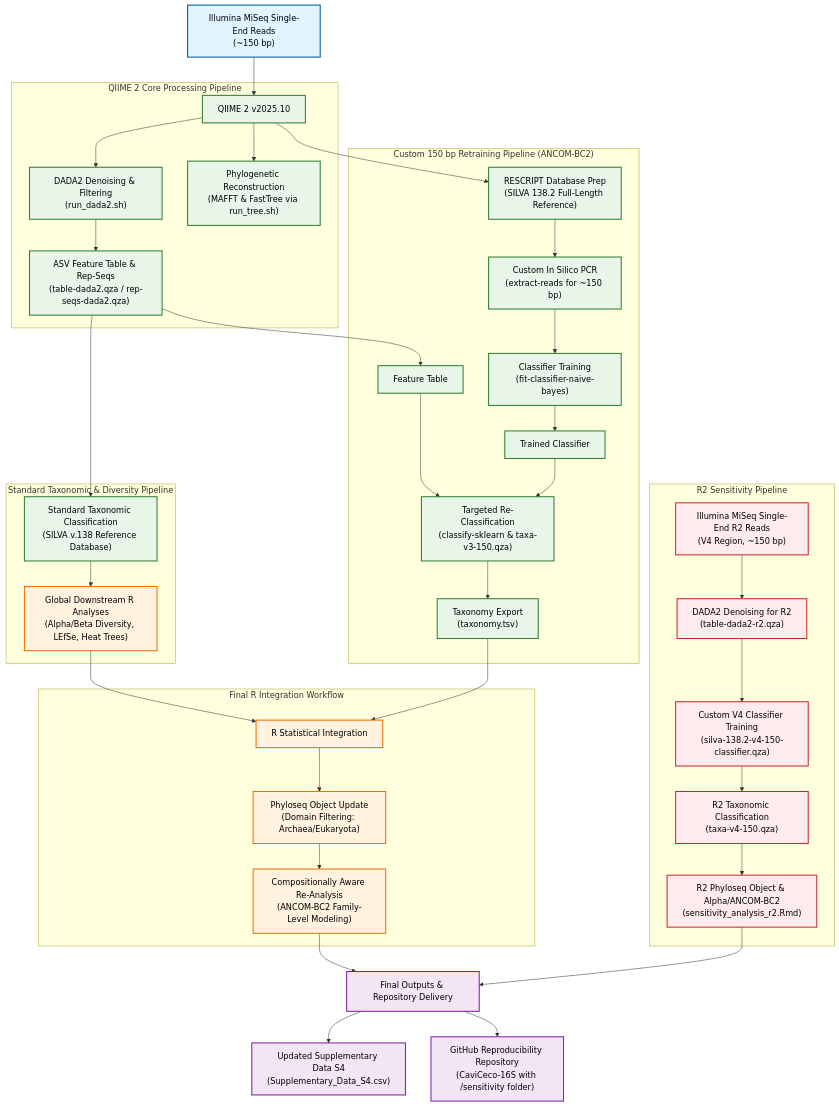
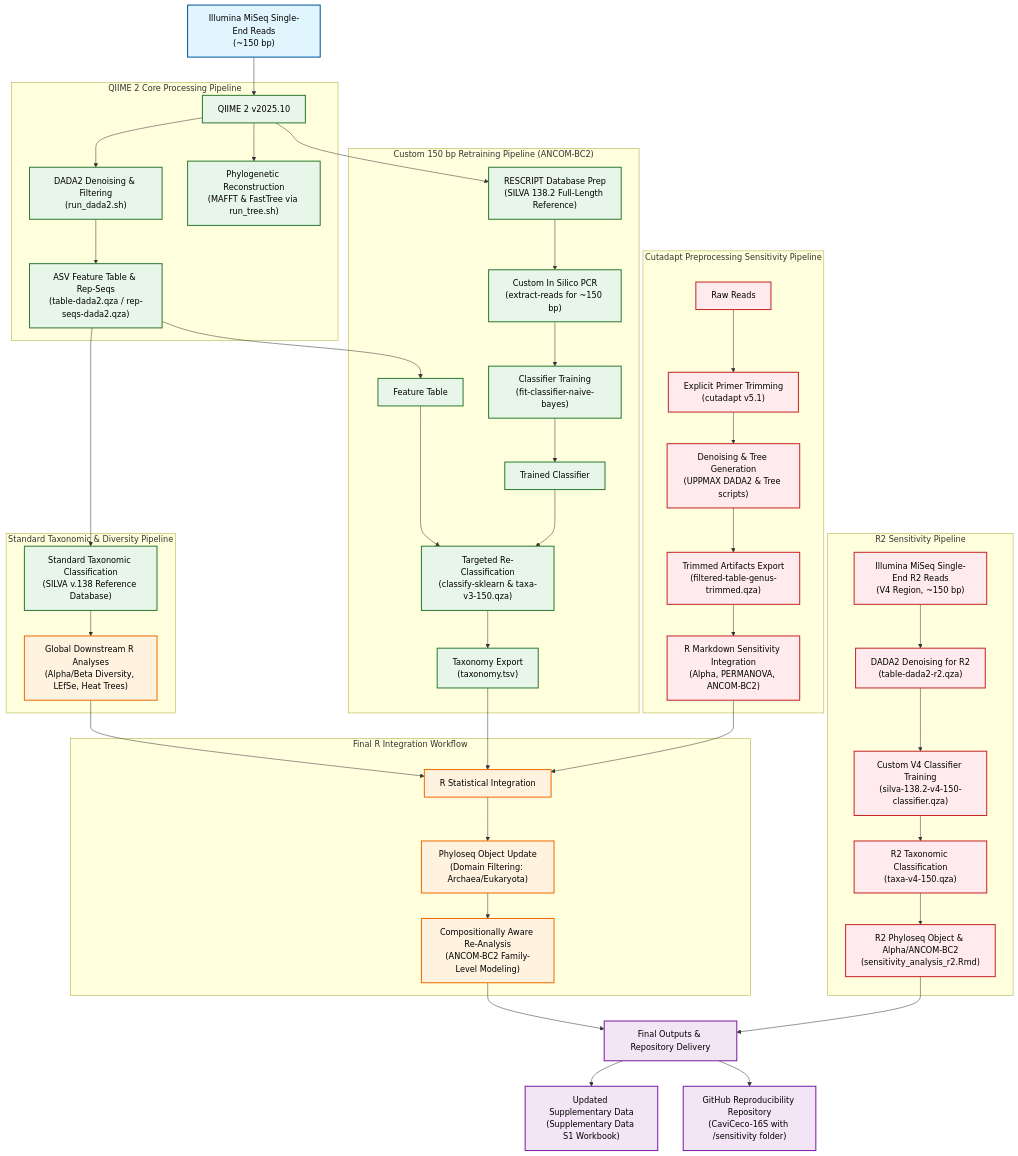
One commit to Elcornevic/CaviCeco-16S changed the diagram in README.md. Above: the diagram before and after it, drawn with Mermaid. The commit also changed other lines of this file, not shown here.

First line of the commit message:
Revise supplementary files format and content

````diff
--- a/README.md
+++ b/README.md
@@ -113,52 +117,60 @@
 ```mermaid
 graph TD
     %% Styling
     classDef process fill:#e1f5fe,stroke:#01579b,stroke-width:2px,color:#000;
     classDef qiime fill:#e8f5e9,stroke:#2e7d32,stroke-width:2px,color:#000;
     classDef rscript fill:#fff3e0,stroke:#ef6c00,stroke-width:2px,color:#000;
     classDef output fill:#f3e5f5,stroke:#7b1fa2,stroke-width:2px,color:#000;
     classDef sensitivity fill:#ffebee,stroke:#c62828,stroke-width:2px,color:#000;
 
     A["Illumina MiSeq Single-End Reads<br>(~150 bp)"]:::process --> B["QIIME 2 v2025.10"]:::qiime
     
     subgraph QIIME2_Core ["QIIME 2 Core Processing Pipeline"]
         B --> C["DADA2 Denoising & Filtering<br>(run_dada2.sh)"]:::qiime
         B --> D["Phylogenetic Reconstruction<br>(MAFFT & FastTree via run_tree.sh)"]:::qiime
         C --> E["ASV Feature Table & Rep-Seqs<br>(table-dada2.qza / rep-seqs-dada2.qza)"]:::qiime
     end
 
     subgraph Standard_Taxonomy ["Standard Taxonomic & Diversity Pipeline"]
         E --> F["Standard Taxonomic Classification<br>(SILVA v.138 Reference Database)"]:::qiime
         F --> G["Global Downstream R Analyses<br>(Alpha/Beta Diversity, LEfSe, Heat Trees)"]:::rscript
     end
 
+    subgraph Cutadapt_Sensitivity ["Cutadapt Preprocessing Sensitivity Pipeline"]
+        CS1["Raw Reads"]:::sensitivity --> CS2["Explicit Primer Trimming<br>(cutadapt v5.1)"]:::sensitivity
+        CS2 --> CS3["Denoising & Tree Generation<br>(UPPMAX DADA2 & Tree scripts)"]:::sensitivity
+        CS3 --> CS4["Trimmed Artifacts Export<br>(filtered-table-genus-trimmed.qza)"]:::sensitivity
+        CS4 --> CS5["R Markdown Sensitivity Integration<br>(Alpha, PERMANOVA, ANCOM-BC2)"]:::sensitivity
+    end
+
     subgraph Custom_Classifier ["Custom 150 bp Retraining Pipeline (ANCOM-BC2)"]
         B --> H["RESCRIPT Database Prep<br>(SILVA 138.2 Full-Length Reference)"]:::qiime
         H --> I["Custom In Silico PCR<br>(extract-reads for ~150 bp)"]:::qiime
         I --> J["Classifier Training<br>(fit-classifier-naive-bayes)"]:::qiime
         E --> K1["Feature Table"]:::qiime
         J --> K2["Trained Classifier"]:::qiime
         K1 & K2 --> K["Targeted Re-Classification<br>(classify-sklearn & taxa-v3-150.qza)"]:::qiime
         K --> L["Taxonomy Export<br>(taxonomy.tsv)"]:::qiime
     end
 
     subgraph Sensitivity_Pipeline ["R2 Sensitivity Pipeline"]
         S1["Illumina MiSeq Single-End R2 Reads<br>(V4 Region, ~150 bp)"]:::sensitivity --> S2["DADA2 Denoising for R2<br>(table-dada2-r2.qza)"]:::sensitivity
         S2 --> S3["Custom V4 Classifier Training<br>(silva-138.2-v4-150-classifier.qza)"]:::sensitivity
         S3 --> S4["R2 Taxonomic Classification<br>(taxa-v4-150.qza)"]:::sensitivity
         S4 --> S5["R2 Phyloseq Object & Alpha/ANCOM-BC2<br>(sensitivity_analysis_r2.Rmd)"]:::sensitivity
     end
 
     G --> M["R Statistical Integration"]:::rscript
     L --> M
+    CS5 --> M
     
     subgraph Final_Integration ["Final R Integration Workflow"]
         M --> N["Phyloseq Object Update<br>(Domain Filtering: Archaea/Eukaryota)"]:::rscript
         N --> O["Compositionally Aware Re-Analysis<br>(ANCOM-BC2 Family-Level Modeling)"]:::rscript
     end
 
     O --> P["Final Outputs & Repository Delivery"]:::output
     S5 --> P
-    P --> Q["Updated Supplementary Data S4<br>(Supplementary_Data_S4.csv)"]:::output
+    P --> Q["Updated Supplementary Data<br>(Supplementary Data S1 Workbook)"]:::output
     P --> R["GitHub Reproducibility Repository<br>(CaviCeco-16S with /sensitivity folder)"]:::output
 ```
````
